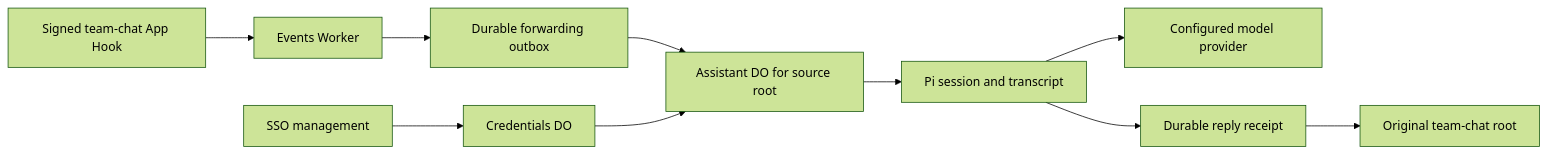
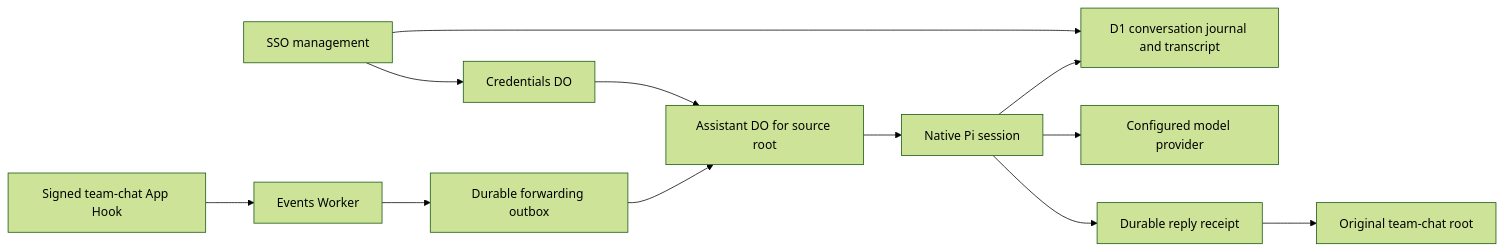
Before and after one commit to allenlabs/cf-worker-apps: the diagram in apps/cloud-agent/docs/ARCHITECTURE.md, drawn with Mermaid (forest theme). The commit also changed other lines of this file and 27 other files, not shown here.

````diff
--- a/apps/cloud-agent/docs/ARCHITECTURE.md
+++ b/apps/cloud-agent/docs/ARCHITECTURE.md
@@ -5,12 +5,14 @@
 ```mermaid
 flowchart LR
     Hook[Signed team-chat App Hook] --> Events[Events Worker]
     Events --> Queue[Durable forwarding outbox]
     Queue --> Thread[Assistant DO for source root]
-    Thread --> Pi[Pi session and transcript]
+    Thread --> Pi[Native Pi session]
+    Pi --> D1[D1 conversation journal and transcript]
+    Admin --> D1
     Pi --> Provider[Configured model provider]
     Pi --> Reply[Durable reply receipt]
     Reply --> Target[Original team-chat root]
     Admin[SSO management] --> Credentials[Credentials DO]
     Credentials --> Thread
 ```
````
